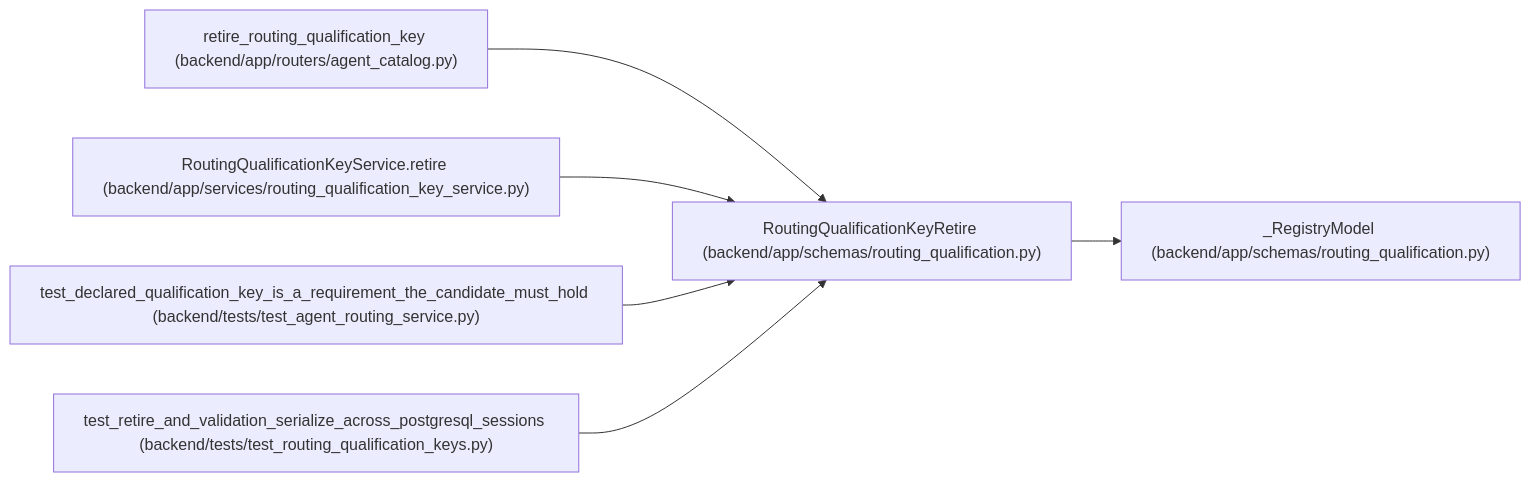
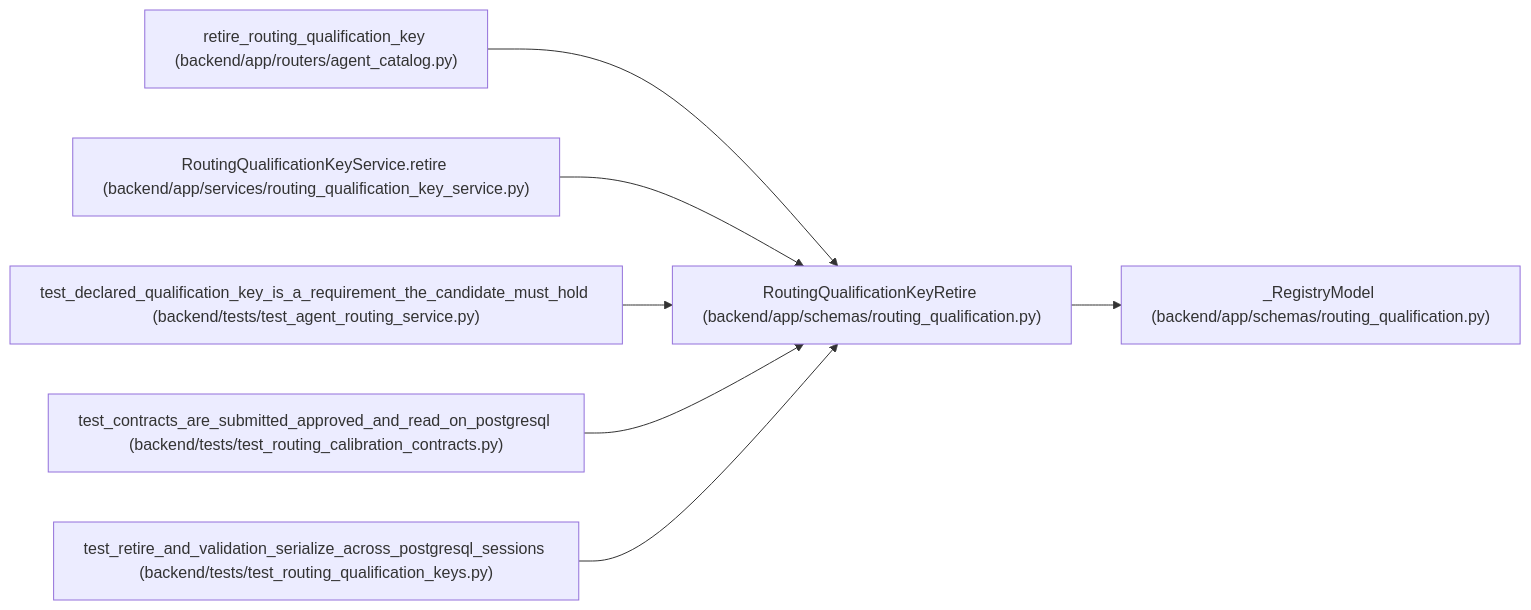
The diagram in docs/llm_wiki/entities/RoutingQualificationKeyRetire.md (Denissvgn/WorkChord), drawn with Mermaid before and after one commit. The commit also changed other lines of this file and 836 other files, not shown here.

Commit message:
Sync the architectural wiki for the calibration contract

````diff
--- a/docs/llm_wiki/entities/RoutingQualificationKeyRetire.md
+++ b/docs/llm_wiki/entities/RoutingQualificationKeyRetire.md
@@ -25,20 +25,23 @@
 ```mermaid
 flowchart LR
     n0["RoutingQualificationKeyRetire (backend/app/schemas/routing_qualification.py)"]
     n1["_RegistryModel (backend/app/schemas/routing_qualification.py)"]
     n2["retire_routing_qualification_key (backend/app/routers/agent_catalog.py)"]
     n3["RoutingQualificationKeyService.retire (backend/app/services/routing_qualification_key_service.py)"]
     n4["test_declared_qualification_key_is_a_requirement_the_candidate_must_hold (backend/tests/test_agent_routing_service.py)"]
-    n5["test_retire_and_validation_serialize_across_postgresql_sessions (backend/tests/test_routing_qualification_keys.py)"]
+    n5["test_contracts_are_submitted_approved_and_read_on_postgresql (backend/tests/test_routing_calibration_contracts.py)"]
+    n6["test_retire_and_validation_serialize_across_postgresql_sessions (backend/tests/test_routing_qualification_keys.py)"]
     n0 --> n1
     n2 --> n0
     n3 --> n0
     n4 --> n0
     n5 --> n0
+    n6 --> n0
     click n0 "../modules/schemas_routing_qualification.md"
     click n1 "../modules/schemas_routing_qualification.md"
     click n2 "../modules/agent_catalog.md"
     click n3 "../modules/routing_qualification_key_service.md"
     click n4 "../modules/test_agent_routing_service.md"
-    click n5 "../modules/test_routing_qualification_keys.md"
+    click n5 "../modules/test_routing_calibration_contracts.md"
+    click n6 "../modules/test_routing_qualification_keys.md"
 ```
````
